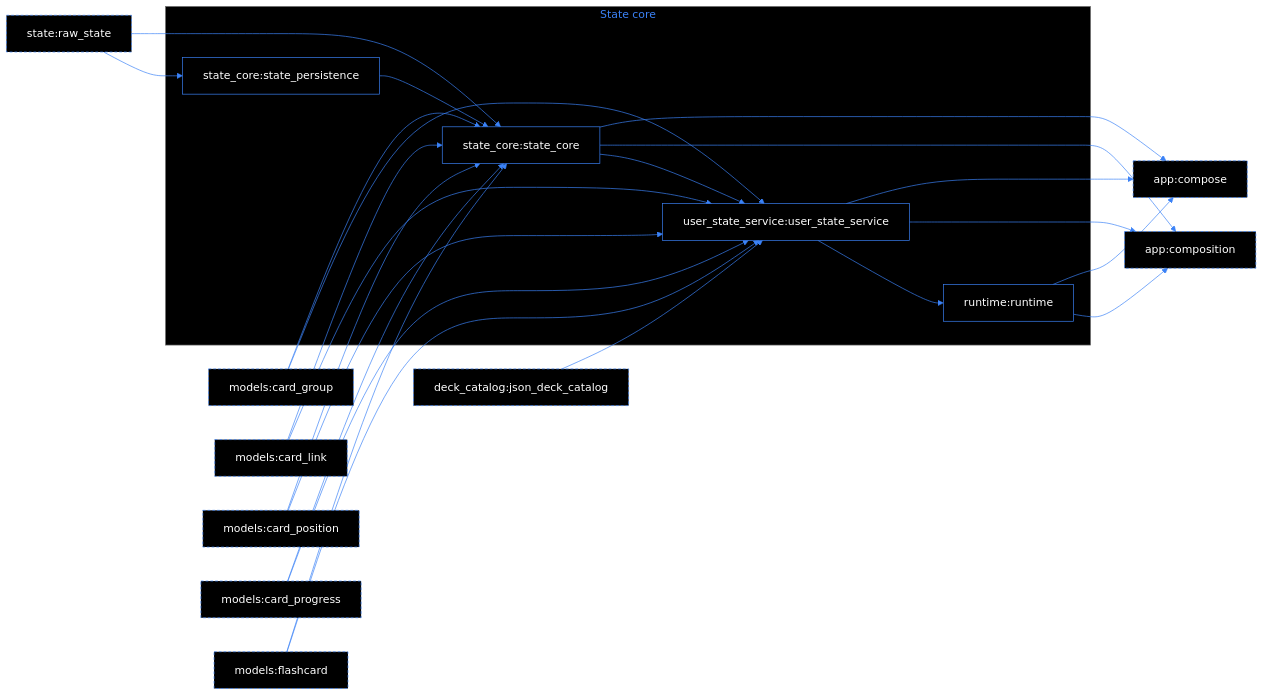
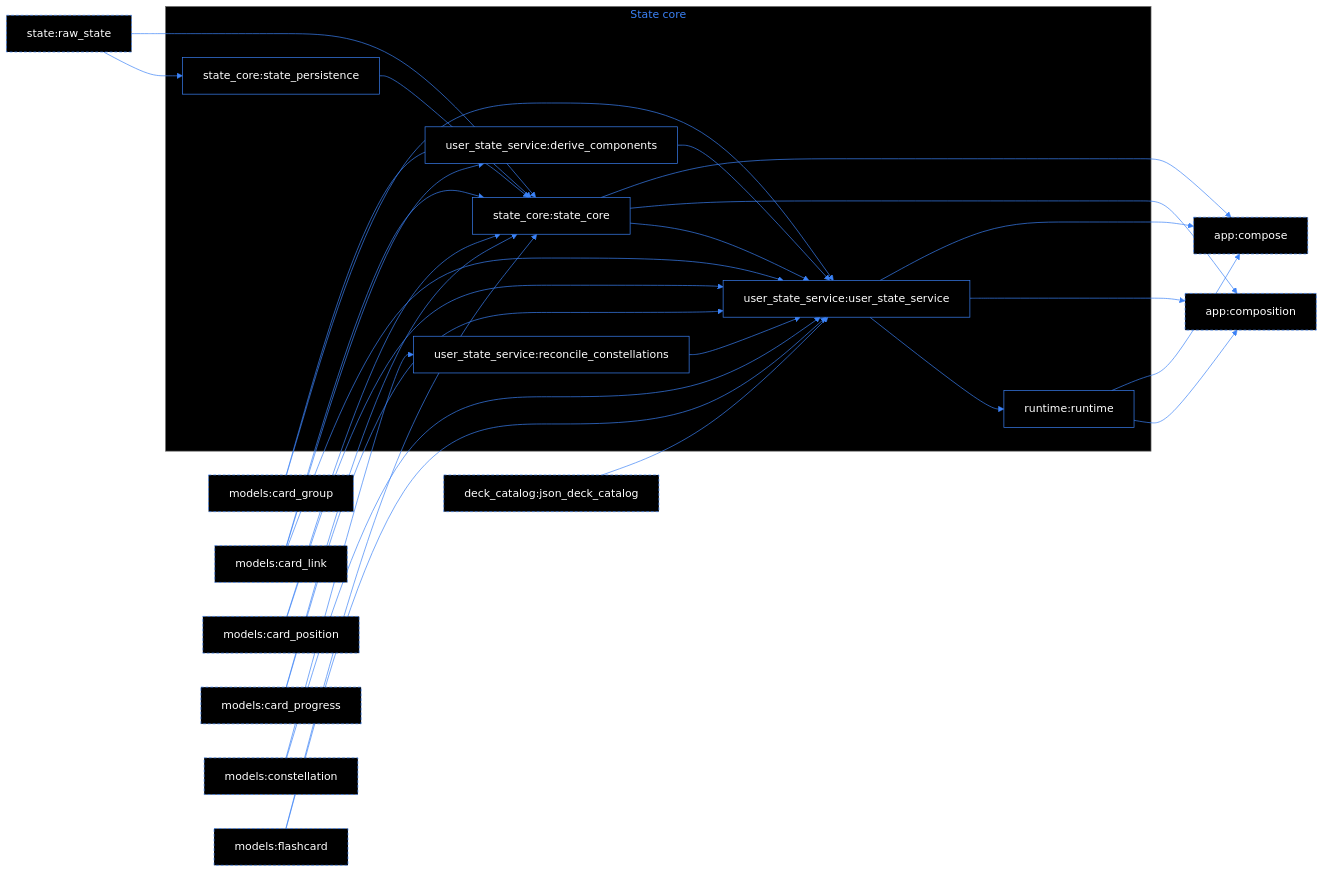
The sixth of 10 diagrams in INDEX.md (ArtjomAdamow/Fennelkernel-flashcards), drawn with Mermaid (neutral theme) before and after one commit. The commit also changed other lines of this file and 31 other files, not shown here.

````diff
--- a/INDEX.md
+++ b/INDEX.md
@@ -552,47 +575,55 @@
 ```mermaid
 graph LR
     %% arrow A --> B: B uses A; dashed = component of another section
     %% dashed arrow A -.-> B: transitive relation (data flow through module-level variables)
     classDef ext stroke: #3b82f6,stroke-dasharray: 4 3
     linkStyle default stroke: #3b82f6, color: #3b82f6
     classDef default fill: #000000ff, stroke: #3b82f6, color: #ffffffff
 
     subgraph sg_section_4["State core"]
         n_runtime_runtime["runtime:runtime"]
         n_state_core_state_core["state_core:state_core"]
         n_user_state_service_user_state_service["user_state_service:user_state_service"]
         n_state_core_state_persistence["state_core:state_persistence"]
+        n_user_state_service_derive_components["user_state_service:derive_components"]
+        n_user_state_service_reconcile_constellations["user_state_service:reconcile_constellations"]
     end
     style sg_section_4 color: #3b82f6, fill: #000000ff
     n_app_compose["app:compose"]:::ext
     n_app_composition["app:composition"]:::ext
     n_deck_catalog_json_deck_catalog["deck_catalog:json_deck_catalog"]:::ext
     n_models_card_group["models:card_group"]:::ext
     n_models_card_link["models:card_link"]:::ext
     n_models_card_position["models:card_position"]:::ext
     n_models_card_progress["models:card_progress"]:::ext
+    n_models_constellation["models:constellation"]:::ext
     n_models_flashcard["models:flashcard"]:::ext
     n_state_raw_state["state:raw_state"]:::ext
     n_deck_catalog_json_deck_catalog --> n_user_state_service_user_state_service
     n_models_card_group --> n_state_core_state_core
     n_models_card_group --> n_user_state_service_user_state_service
     n_models_card_link --> n_state_core_state_core
+    n_models_card_link --> n_user_state_service_derive_components
     n_models_card_link --> n_user_state_service_user_state_service
     n_models_card_position --> n_state_core_state_core
     n_models_card_position --> n_user_state_service_user_state_service
     n_models_card_progress --> n_state_core_state_core
     n_models_card_progress --> n_user_state_service_user_state_service
+    n_models_constellation --> n_user_state_service_reconcile_constellations
+    n_models_constellation --> n_user_state_service_user_state_service
     n_models_flashcard --> n_state_core_state_core
     n_models_flashcard --> n_user_state_service_user_state_service
     n_runtime_runtime --> n_app_compose
     n_runtime_runtime --> n_app_composition
     n_state_raw_state --> n_state_core_state_core
     n_state_raw_state --> n_state_core_state_persistence
     n_state_core_state_core --> n_app_compose
     n_state_core_state_core --> n_app_composition
     n_state_core_state_core --> n_user_state_service_user_state_service
     n_state_core_state_persistence --> n_state_core_state_core
+    n_user_state_service_derive_components --> n_user_state_service_user_state_service
+    n_user_state_service_reconcile_constellations --> n_user_state_service_user_state_service
     n_user_state_service_user_state_service --> n_app_compose
     n_user_state_service_user_state_service --> n_app_composition
     n_user_state_service_user_state_service --> n_runtime_runtime
 ```
````
